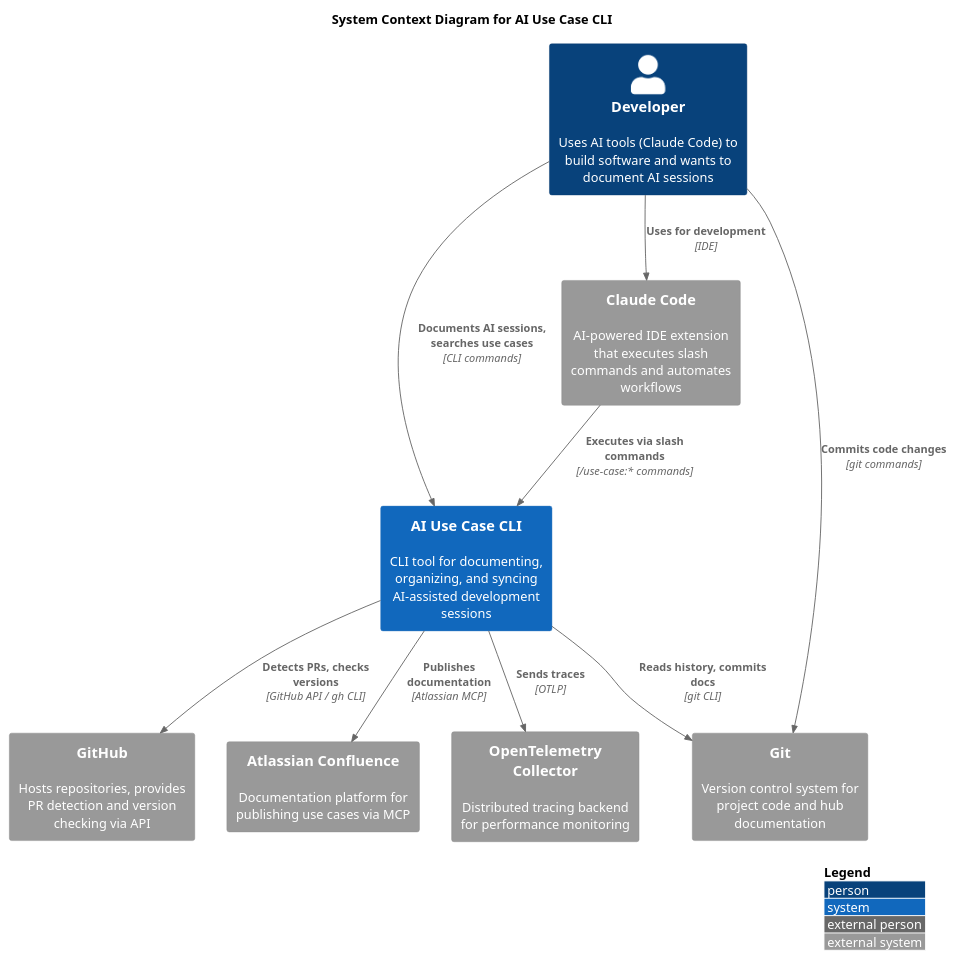
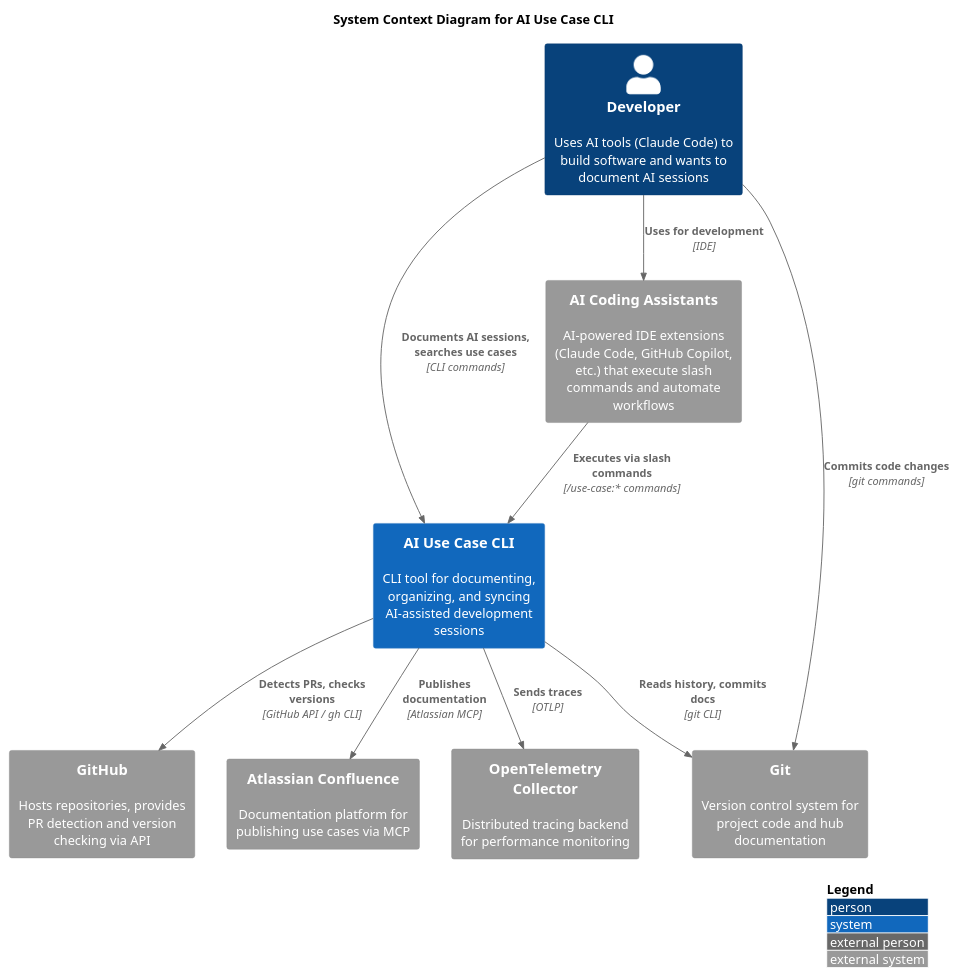
Before and after one commit to mt-osiris-tools/ai-use-case-cli: the first of 5 diagrams in docs/diagrams/c4-architecture.puml, drawn with PlantUML. The commit also changed other lines of this file and 8 other files, not shown here.

First line of the commit message:
docs: update architecture diagrams for Agent Framework and AI tool agnosticism

```diff
--- a/docs/diagrams/c4-architecture.puml
+++ b/docs/diagrams/c4-architecture.puml
@@ -1,29 +1,29 @@
 @startuml AI Use Case CLI - C4 Context Diagram
 !include https://raw.githubusercontent.com/plantuml-stdlib/C4-PlantUML/master/C4_Context.puml
 
 LAYOUT_WITH_LEGEND()
 
 title System Context Diagram for AI Use Case CLI
 
 Person(developer, "Developer", "Uses AI tools (Claude Code) to build software and wants to document AI sessions")
 
 System(ai_use_case_cli, "AI Use Case CLI", "CLI tool for documenting, organizing, and syncing AI-assisted development sessions")
 
-System_Ext(claude_code, "Claude Code", "AI-powered IDE extension that executes slash commands and automates workflows")
+System_Ext(ai_assistants, "AI Coding Assistants", "AI-powered IDE extensions (Claude Code, GitHub Copilot, etc.) that execute slash commands and automate workflows")
 System_Ext(git, "Git", "Version control system for project code and hub documentation")
 System_Ext(github, "GitHub", "Hosts repositories, provides PR detection and version checking via API")
 System_Ext(confluence, "Atlassian Confluence", "Documentation platform for publishing use cases via MCP")
 System_Ext(opentelemetry, "OpenTelemetry Collector", "Distributed tracing backend for performance monitoring")
 
 Rel(developer, ai_use_case_cli, "Documents AI sessions, searches use cases", "CLI commands")
-Rel(developer, claude_code, "Uses for development", "IDE")
+Rel(developer, ai_assistants, "Uses for development", "IDE")
 
-Rel(claude_code, ai_use_case_cli, "Executes via slash commands", "/use-case:* commands")
+Rel(ai_assistants, ai_use_case_cli, "Executes via slash commands", "/use-case:* commands")
 Rel(ai_use_case_cli, git, "Reads history, commits docs", "git CLI")
 Rel(ai_use_case_cli, github, "Detects PRs, checks versions", "GitHub API / gh CLI")
 Rel(ai_use_case_cli, confluence, "Publishes documentation", "Atlassian MCP")
 Rel(ai_use_case_cli, opentelemetry, "Sends traces", "OTLP")
 
 Rel(developer, git, "Commits code changes", "git commands")
 
 @enduml
```
